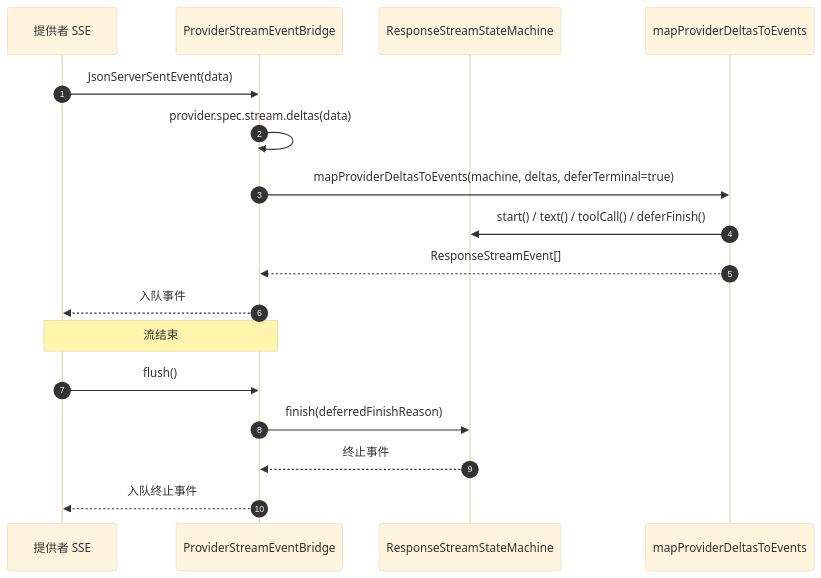
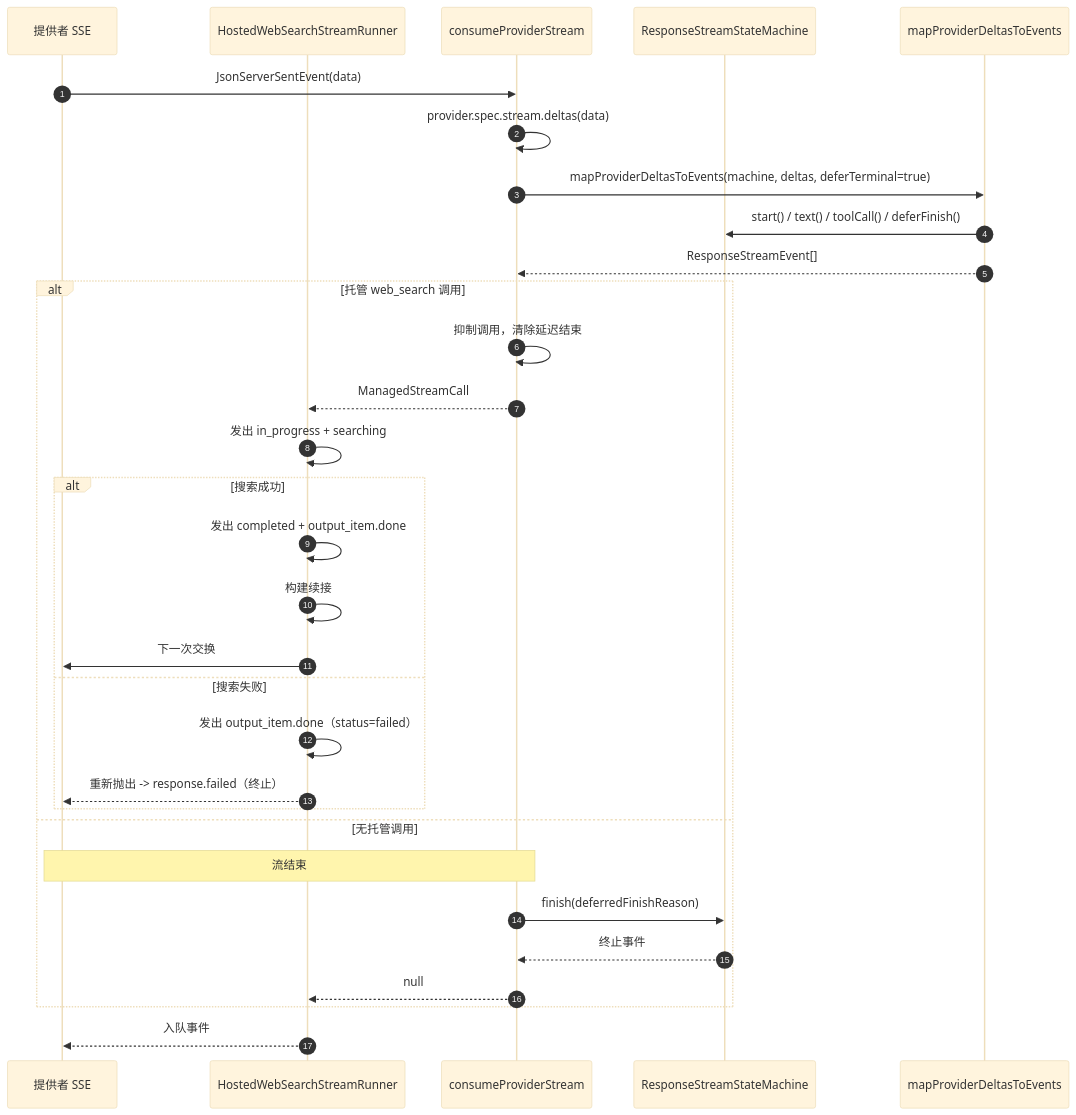
Before and after one commit to Ahoo-Wang/GodeX: the second of 3 diagrams in wiki/zh/02-architecture/streaming-pipeline.md, drawn with Mermaid (base theme). The commit also changed other lines of this file and 70 other files, not shown here.

````diff
--- a/wiki/zh/02-architecture/streaming-pipeline.md
+++ b/wiki/zh/02-architecture/streaming-pipeline.md
@@ -77,21 +89,35 @@
 ```mermaid
 sequenceDiagram
     autonumber
     participant SSE as 提供者 SSE
-    participant B as ProviderStreamEventBridge
+    participant R as HostedWebSearchStreamRunner
+    participant C as consumeProviderStream
     participant M as ResponseStreamStateMachine
     participant D as mapProviderDeltasToEvents
 
-    SSE->>B: JsonServerSentEvent(data)
-    B->>B: provider.spec.stream.deltas(data)
-    B->>D: mapProviderDeltasToEvents(machine, deltas, deferTerminal=true)
+    SSE->>C: JsonServerSentEvent(data)
+    C->>C: provider.spec.stream.deltas(data)
+    C->>D: mapProviderDeltasToEvents(machine, deltas, deferTerminal=true)
     D->>M: start() / text() / toolCall() / deferFinish()
-    D-->>B: ResponseStreamEvent[]
-    B-->>SSE: 入队事件
+    D-->>C: ResponseStreamEvent[]
 
-    Note over SSE,B: 流结束
-    SSE->>B: flush()
-    B->>M: finish(deferredFinishReason)
-    M-->>B: 终止事件
-    B-->>SSE: 入队终止事件
+    alt 托管 web_search 调用
+        C->>C: 抑制调用，清除延迟结束
+        C-->>R: ManagedStreamCall
+        R->>R: 发出 in_progress + searching
+        alt 搜索成功
+            R->>R: 发出 completed + output_item.done
+            R->>R: 构建续接
+            R->>SSE: 下一次交换
+        else 搜索失败
+            R->>R: 发出 output_item.done（status=failed）
+            R-->>SSE: 重新抛出 -> response.failed（终止）
+        end
+    else 无托管调用
+        Note over SSE,C: 流结束
+        C->>M: finish(deferredFinishReason)
+        M-->>C: 终止事件
+        C-->>R: null
+    end
+    R-->>SSE: 入队事件
 ```
````
